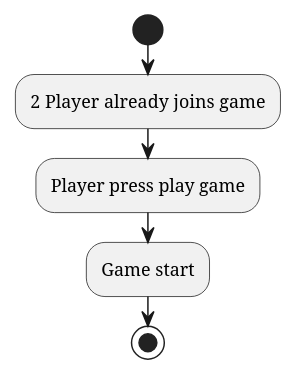
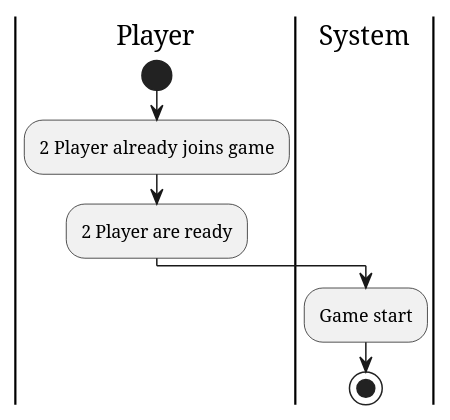
The diagram in Diagram/Activity Diagram/playGameActivity.pu (3zard/Chess-Game), drawn with PlantUML before and after one commit. The commit also changed 13 other files, not shown here.

Commit message:
Trình | Fix activity diagram

```diff
--- a/Diagram/Activity Diagram/playGameActivity.pu
+++ b/Diagram/Activity Diagram/playGameActivity.pu
@@ -1,7 +1,9 @@
 @startuml
+|Player|
 start
 :2 Player already  joins game;
-:Player press play game;
+:2 Player are ready;
+|System|
 :Game start;
 stop
 @enduml
```
